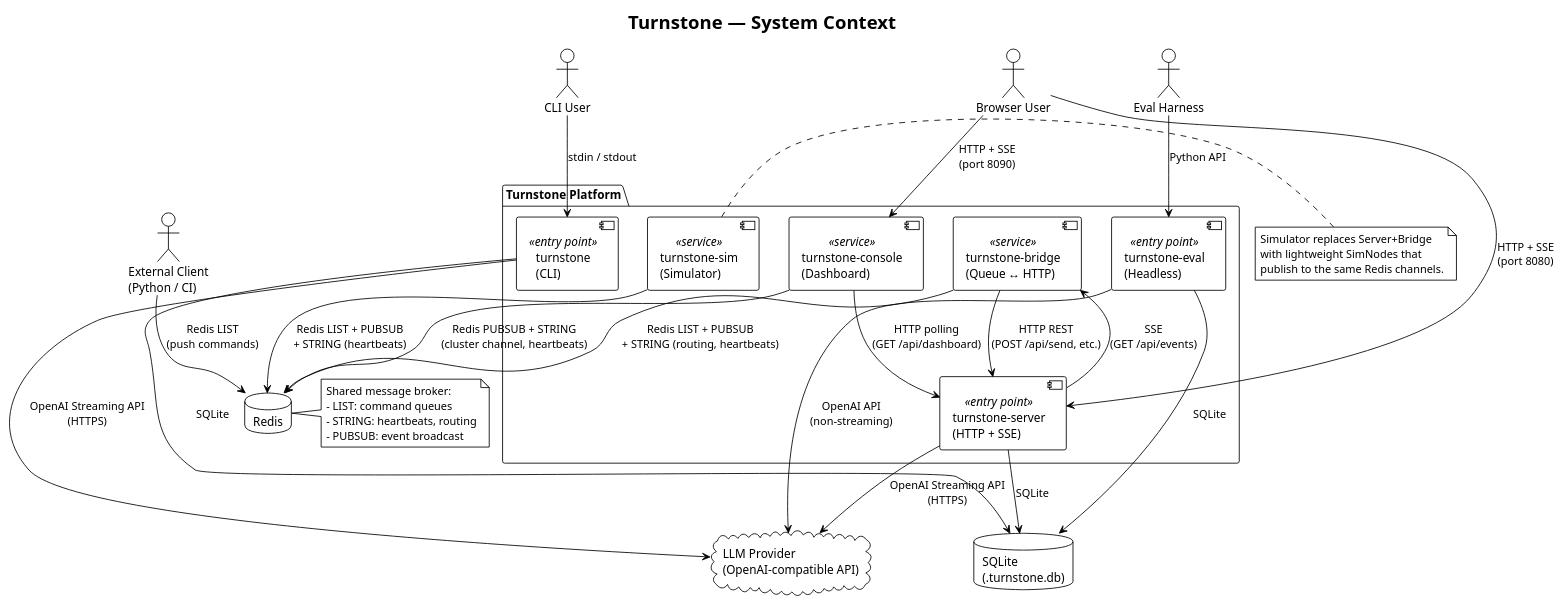
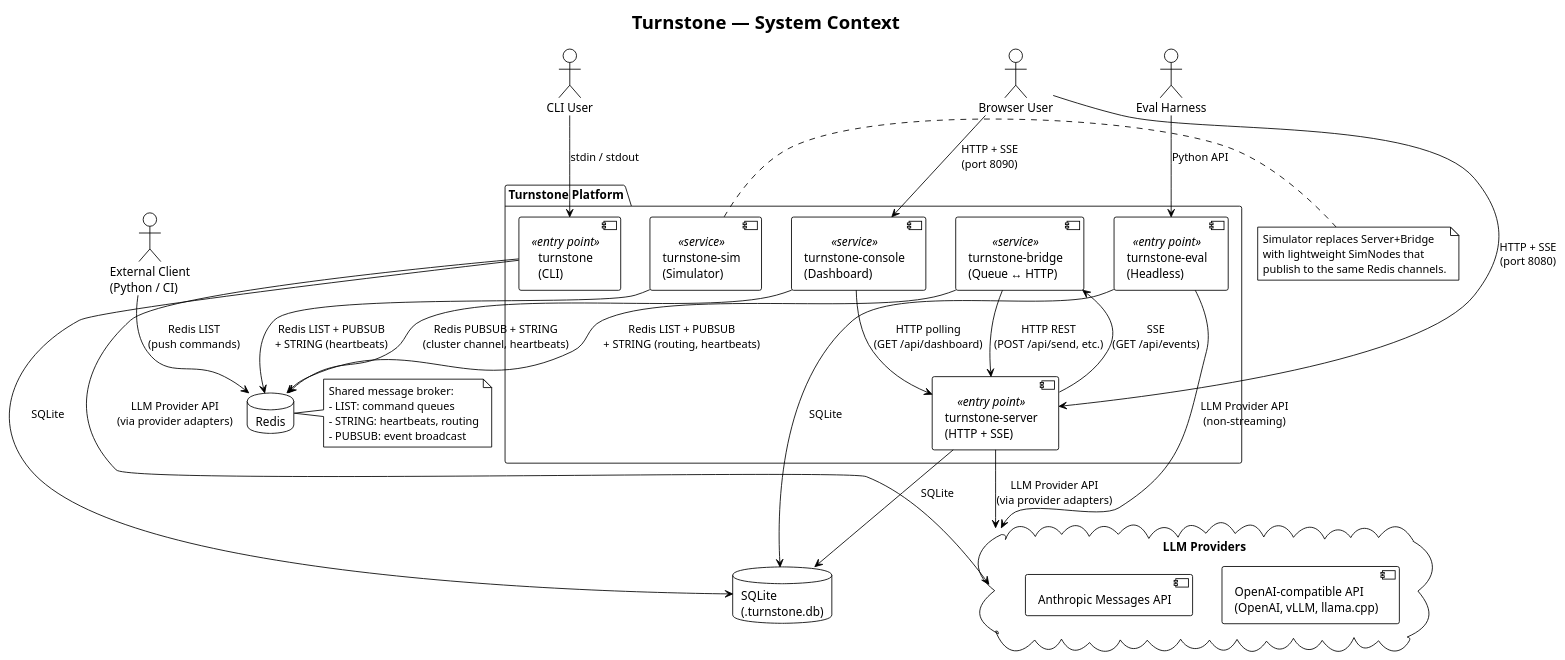
Before and after one commit to turnstonelabs/turnstone: the diagram in docs/diagrams/01-system-context.puml, drawn with PlantUML. The commit also changed 20 other files, not shown here.

First line of the commit message:
Add multi-provider LLM adapter with model capability flags

```diff
--- a/docs/diagrams/01-system-context.puml
+++ b/docs/diagrams/01-system-context.puml
@@ -1,65 +1,68 @@
 @startuml
 !theme plain
 title Turnstone — System Context
 
 ' Actors/Users
 actor "CLI User" as cli_user
 actor "Browser User" as browser_user
 actor "External Client\n(Python / CI)" as ext_client
 actor "Eval Harness" as eval_user
 
 ' External Systems
-cloud "LLM Provider\n(OpenAI-compatible API)" as llm
+cloud "LLM Providers" as llm {
+    component [OpenAI-compatible API\n(OpenAI, vLLM, llama.cpp)] as llm_openai
+    component [Anthropic Messages API] as llm_anthropic
+}
 database "Redis" as redis
 database "SQLite\n(.turnstone.db)" as sqlite
 
 ' Turnstone System Boundary
 package "Turnstone Platform" {
     component [turnstone\n(CLI)] as cli <<entry point>>
     component [turnstone-server\n(HTTP + SSE)] as server <<entry point>>
     component [turnstone-bridge\n(Queue ↔ HTTP)] as bridge <<service>>
     component [turnstone-console\n(Dashboard)] as console <<service>>
     component [turnstone-eval\n(Headless)] as eval <<entry point>>
     component [turnstone-sim\n(Simulator)] as sim <<service>>
 }
 
 ' User connections
 cli_user --> cli : stdin / stdout
 browser_user --> server : HTTP + SSE\n(port 8080)
 browser_user --> console : HTTP + SSE\n(port 8090)
 ext_client --> redis : Redis LIST\n(push commands)
 eval_user --> eval : Python API
 
 ' Internal connections
-cli --> llm : OpenAI Streaming API\n(HTTPS)
+cli --> llm : LLM Provider API\n(via provider adapters)
 cli --> sqlite : SQLite
 
-server --> llm : OpenAI Streaming API\n(HTTPS)
+server --> llm : LLM Provider API\n(via provider adapters)
 server --> sqlite : SQLite
 
-eval --> llm : OpenAI API\n(non-streaming)
+eval --> llm : LLM Provider API\n(non-streaming)
 eval --> sqlite : SQLite
 
 bridge --> server : HTTP REST\n(POST /api/send, etc.)
 bridge <-- server : SSE\n(GET /api/events)
 bridge --> redis : Redis LIST + PUBSUB\n+ STRING (routing, heartbeats)
 
 console --> redis : Redis PUBSUB + STRING\n(cluster channel, heartbeats)
 console --> server : HTTP polling\n(GET /api/dashboard)
 
 sim --> redis : Redis LIST + PUBSUB\n+ STRING (heartbeats)
 
 ' Notes
 note right of sim
   Simulator replaces Server+Bridge
   with lightweight SimNodes that
   publish to the same Redis channels.
 end note
 
 note right of redis
   Shared message broker:
   - LIST: command queues
   - STRING: heartbeats, routing
   - PUBSUB: event broadcast
 end note
 @enduml
```
